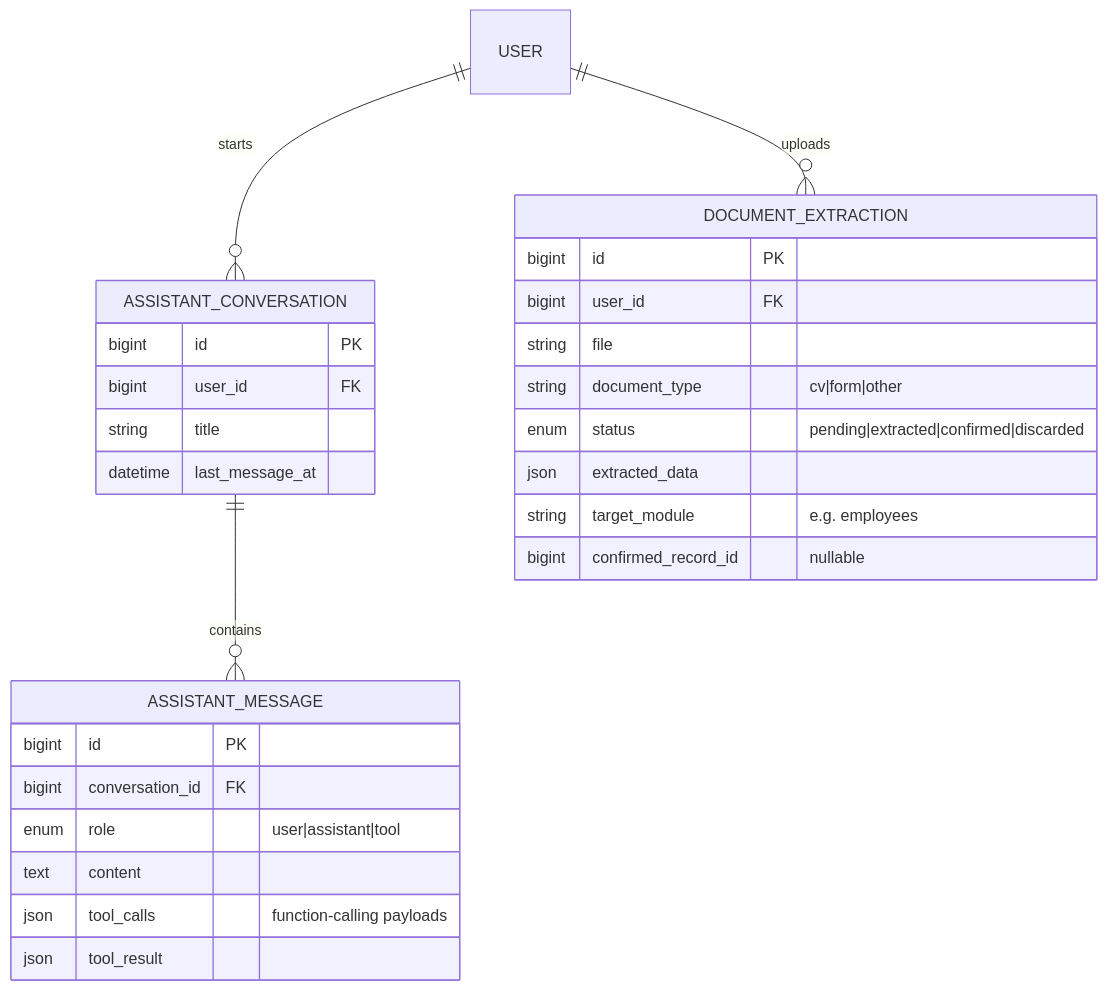
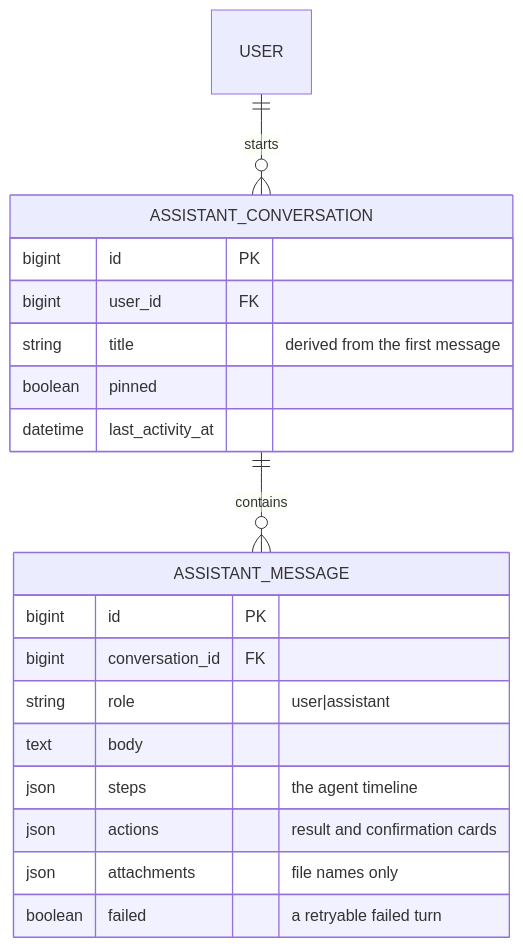
Diagram 12 of 12 in docs/database/erd.md (earlkian8/synapse), drawn with Mermaid before and after one commit. The commit also changed other lines of this file and 17 other files, not shown here.

````diff
--- a/docs/database/erd.md
+++ b/docs/database/erd.md
@@ -912,31 +1212,23 @@
 ```mermaid
 erDiagram
     USER ||--o{ ASSISTANT_CONVERSATION : starts
     ASSISTANT_CONVERSATION ||--o{ ASSISTANT_MESSAGE : contains
-    USER ||--o{ DOCUMENT_EXTRACTION : uploads
 
     ASSISTANT_CONVERSATION {
         bigint id PK
         bigint user_id FK
-        string title
-        datetime last_message_at
+        string title "derived from the first message"
+        boolean pinned
+        datetime last_activity_at
     }
     ASSISTANT_MESSAGE {
         bigint id PK
         bigint conversation_id FK
-        enum role "user|assistant|tool"
-        text content
-        json tool_calls "function-calling payloads"
-        json tool_result
-    }
-    DOCUMENT_EXTRACTION {
-        bigint id PK
-        bigint user_id FK
-        string file
-        string document_type "cv|form|other"
-        enum status "pending|extracted|confirmed|discarded"
-        json extracted_data
-        string target_module "e.g. employees"
-        bigint confirmed_record_id "nullable"
+        string role "user|assistant"
+        text body
+        json steps "the agent timeline"
+        json actions "result and confirmation cards"
+        json attachments "file names only"
+        boolean failed "a retryable failed turn"
     }
 ```
````
